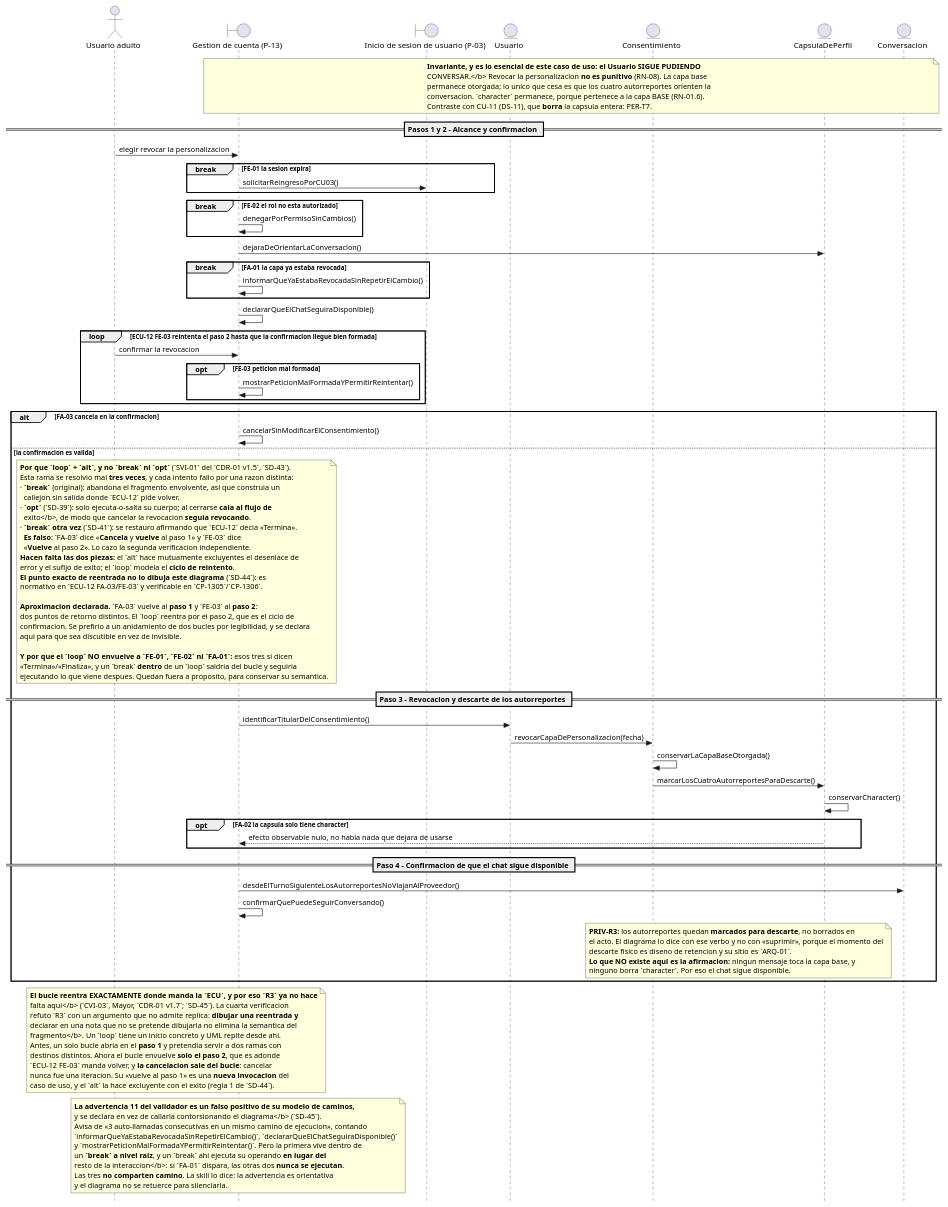
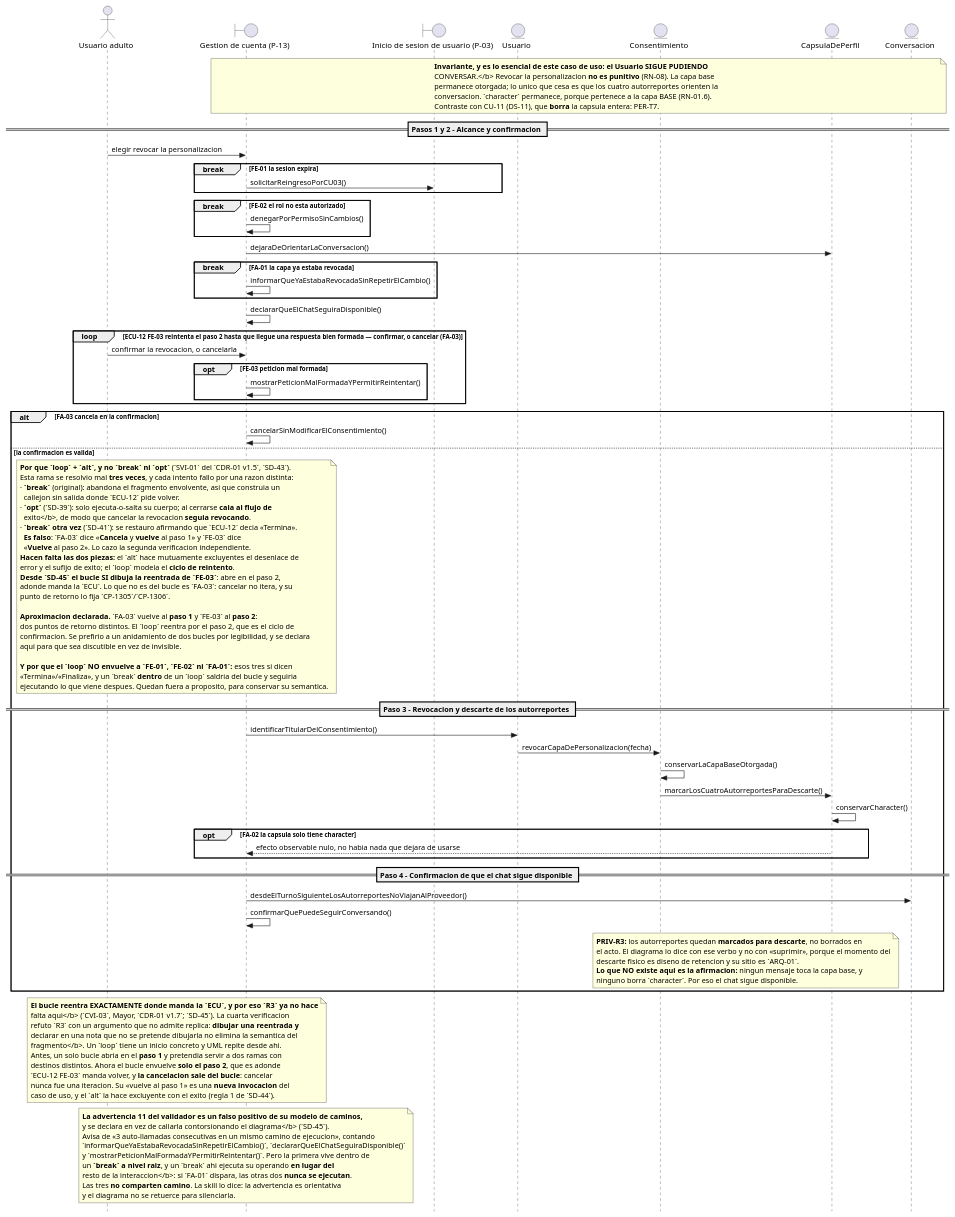
The diagram in docs/07_casos_uso/secuencia/puml/DS-12_secuencia_revocar_la_personalizacion.puml (jonatan8254/alan-aura-academico), drawn with PlantUML before and after one commit. The commit also changed 8 other files, not shown here.

```diff
--- a/docs/07_casos_uso/secuencia/puml/DS-12_secuencia_revocar_la_personalizacion.puml
+++ b/docs/07_casos_uso/secuencia/puml/DS-12_secuencia_revocar_la_personalizacion.puml
@@ -1,167 +1,171 @@
 @startuml
 ' DS-12 - Secuencia de CU-12 «Revocar la personalizacion»
+' v1.6 (revision interna final, SD-45): RI-2: idem; RI-3: la nota de SD-44 dejaba de ser cierta.
+'       Hallado por la revision de dos subagentes ANTES del veredicto — el mismo
+'       tipo de defecto que CVI-03, sobreviviendo dentro de la correccion de CVI-03.
 ' v1.5 (CVI-03 del CDR-01 v1.7, SD-45): CVI-03: el `loop` se acota al paso 2 —adonde manda `ECU-12 FE-03`— y `FA-03` sale a un `alt`. Se declara la advertencia 11 como falso positivo del modelo de caminos.
 '       R3 ya no hace falta aqui: el bucle reentra donde manda la ECU. La cuarta
 '       verificacion la refuto — dibujar una reentrada y declarar en nota que no se
 '       pretende dibujarla NO elimina la semantica del fragmento.
 ' v1.4 (TVI-01/03/04 del CDR-01 v1.6, SD-44): R3: la nota deja de decir que el loop realiza el retorno; la guarda nombra FA-03.
 '       CONVENCION SD-44 — R1: el sufijo de exito vive DENTRO de su operando.
 '       R2: un break dentro de un loop solo vale si lo que sigue al bucle es
 '       limpieza comun. R3: el punto de reentrada es normativo en la ECU y
 '       verificable en el CP; el diagrama NO lo dibuja. R4: la guarda nombra
 '       todas las salidas del bucle. Lo comprueba barrido_desenlaces.py.
 ' v1.3 (SVI-01 del CDR-01 v1.5, SD-43): FA-03 y FE-03 a `alt` dentro de un `loop` (ECU-12: «Cancela y vuelve» y «Vuelve al paso 2»).
 '       Tercer intento sobre la misma rama, y el primero que lee el DESENLACE de la
 '       ECU en vez de la categoria del flujo. `break` abandonaba; `opt` caia al exito;
 '       `break` otra vez (SD-41) se restauro alegando que la ECU decia «Termina», lo
 '       cual es FALSO. Y `loop` + `alt` (SD-43) tampoco bastaba: la TERCERA verificacion
 '       (TVI-01/02, CDR-01 v1.6) mostro que el operando de exito quedaba VACIO y la
 '       continuacion FUERA del alt, asi que el sufijo de exito se ejecutaba igual.
 '       SD-44 fija la convencion: el sufijo de exito vive DENTRO de su operando, y el
 '       punto exacto de reentrada es normativo en la ECU y verificable en el CP — el
 '       diagrama NO pretende dibujarlo. Los break legitimos quedan fuera del loop; dentro
 '       saldrian del
 '       bucle y seguirian ejecutando, en vez de terminar.
 ' v1.2 (VI-01 del CDR-01 v1.4, SD-41): FA-03 y FE-03 vuelven de opt a BREAK.
 '       Criterio: estan a profundidad 0 —el fragmento envolvente es la interaccion
 '       entera— y su fila de ECU declara que el remanente NO se ejecuta. En UML 2.5
 '       `break` ejecuta su operando EN LUGAR DEL RESTO: es esa semantica exacta.
 '       `opt` solo saltaba su cuerpo y el flujo caia al exito.
 '       Consecuencia declarada: para estos casos el `break` ORIGINAL era correcto y
 '       esa parte de H-01 fue un falso positivo. Ver DS-00 §12.
 ' v1.1 (CDR-01, H-01): FA-03 y FE-03 pasan de break a opt — su texto declara «Vuelve».
 ' v1.0 (fase de diseno detallado, ICONIX paso 6)
 ' Insumos: DR-12 v2.0 (9 controladores), ECU-12 v2.0, MD-01 v1.4, DCU-01 v2.1,
 '          DIS-00 (P-13; destino P-03), PRIV-01 (PRIV-R3), PER-01 v1.2 (PER-T7).
 ' Capa de infraestructura: NO EJECUTADA por decision declarada (E-1 de DS-00).
 
 skinparam style strictuml
 skinparam shadowing false
 skinparam responseMessageBelowArrow true
 
 actor "Usuario adulto" as ACT_Usuario
 boundary "Gestion de cuenta (P-13)" as B_PaginaGestionCuenta
 boundary "Inicio de sesion de usuario (P-03)" as B_PaginaInicioSesion
 entity "Usuario" as E_Usuario
 entity "Consentimiento" as E_Consentimiento
 entity "CapsulaDePerfil" as E_CapsulaDePerfil
 entity "Conversacion" as E_Conversacion
 
 note over B_PaginaGestionCuenta, E_Conversacion
   <b>Invariante, y es lo esencial de este caso de uso: el Usuario SIGUE PUDIENDO
   CONVERSAR.</b> Revocar la personalizacion <b>no es punitivo</b> (RN-08). La capa base
   permanece otorgada; lo unico que cesa es que los cuatro autorreportes orienten la
   conversacion. `character` permanece, porque pertenece a la capa BASE (RN-01.6).
   Contraste con CU-11 (DS-11), que <b>borra</b> la capsula entera: PER-T7.
 end note
 
 == Pasos 1 y 2 - Alcance y confirmacion ==
 
 ACT_Usuario -> B_PaginaGestionCuenta : elegir revocar la personalizacion
 
 break FE-01 la sesion expira
   B_PaginaGestionCuenta -> B_PaginaInicioSesion : solicitarReingresoPorCU03()
 end
 
 break FE-02 el rol no esta autorizado
   B_PaginaGestionCuenta -> B_PaginaGestionCuenta : denegarPorPermisoSinCambios()
 end
 
 B_PaginaGestionCuenta -> E_CapsulaDePerfil : dejaraDeOrientarLaConversacion()
 
 break FA-01 la capa ya estaba revocada
   B_PaginaGestionCuenta -> B_PaginaGestionCuenta : informarQueYaEstabaRevocadaSinRepetirElCambio()
 end
 
 B_PaginaGestionCuenta -> B_PaginaGestionCuenta : declararQueElChatSeguiraDisponible()
 
-loop ECU-12 FE-03 reintenta el paso 2 hasta que la confirmacion llegue bien formada
-  ACT_Usuario -> B_PaginaGestionCuenta : confirmar la revocacion
+loop ECU-12 FE-03 reintenta el paso 2 hasta que llegue una respuesta bien formada — confirmar, o cancelar (FA-03)
+  ACT_Usuario -> B_PaginaGestionCuenta : confirmar la revocacion, o cancelarla
 
   opt FE-03 peticion mal formada
     B_PaginaGestionCuenta -> B_PaginaGestionCuenta : mostrarPeticionMalFormadaYPermitirReintentar()
   end
 end
 
 alt FA-03 cancela en la confirmacion
   B_PaginaGestionCuenta -> B_PaginaGestionCuenta : cancelarSinModificarElConsentimiento()
 else la confirmacion es valida
 
   note over ACT_Usuario, B_PaginaGestionCuenta
     <b>Por que `loop` + `alt`, y no `break` ni `opt`</b> (`SVI-01` del `CDR-01 v1.5`, `SD-43`).
     Esta rama se resolvio mal <b>tres veces</b>, y cada intento fallo por una razon distinta:
     · <b>`break`</b> (original): abandona el fragmento envolvente, asi que construia un
       callejon sin salida donde `ECU-12` pide volver.
     · <b>`opt`</b> (`SD-39`): solo ejecuta-o-salta su cuerpo; al cerrarse <b>caia al flujo de
       exito</b>, de modo que cancelar la revocacion <b>seguia revocando</b>.
     · <b>`break` otra vez</b> (`SD-41`): se restauro afirmando que `ECU-12` decia «Termina».
       <b>Es falso</b>: `FA-03` dice «<b>Cancela</b> y <b>vuelve</b> al paso 1» y `FE-03` dice
       «<b>Vuelve</b> al paso 2». Lo cazo la segunda verificacion independiente.
     <b>Hacen falta las dos piezas:</b> el `alt` hace mutuamente excluyentes el desenlace de
     error y el sufijo de exito; el `loop` modela el <b>ciclo de reintento</b>.
-    <b>El punto exacto de reentrada no lo dibuja este diagrama</b> (`SD-44`): es
-    normativo en `ECU-12 FA-03/FE-03` y verificable en `CP-1305`/`CP-1306`.
+    <b>Desde `SD-45` el bucle SI dibuja la reentrada de `FE-03`</b>: abre en el paso 2,
+    adonde manda la `ECU`. Lo que no es del bucle es `FA-03`: cancelar no itera, y su
+    punto de retorno lo fija `CP-1305`/`CP-1306`.
 
     <b>Aproximacion declarada.</b> `FA-03` vuelve al <b>paso 1</b> y `FE-03` al <b>paso 2</b>:
     dos puntos de retorno distintos. El `loop` reentra por el paso 2, que es el ciclo de
     confirmacion. Se prefirio a un anidamiento de dos bucles por legibilidad, y se declara
     aqui para que sea discutible en vez de invisible.
 
     <b>Y por que el `loop` NO envuelve a `FE-01`, `FE-02` ni `FA-01`:</b> esos tres si dicen
     «Termina»/«Finaliza», y un `break` <b>dentro</b> de un `loop` saldria del bucle y seguiria
     ejecutando lo que viene despues. Quedan fuera a proposito, para conservar su semantica.
   end note
 
   == Paso 3 - Revocacion y descarte de los autorreportes ==
 
   B_PaginaGestionCuenta -> E_Usuario : identificarTitularDelConsentimiento()
   E_Usuario -> E_Consentimiento : revocarCapaDePersonalizacion(fecha)
   E_Consentimiento -> E_Consentimiento : conservarLaCapaBaseOtorgada()
   E_Consentimiento -> E_CapsulaDePerfil : marcarLosCuatroAutorreportesParaDescarte()
   E_CapsulaDePerfil -> E_CapsulaDePerfil : conservarCharacter()
 
   opt FA-02 la capsula solo tiene character
     E_CapsulaDePerfil --> B_PaginaGestionCuenta : efecto observable nulo, no habia nada que dejara de usarse
   end
 
   == Paso 4 - Confirmacion de que el chat sigue disponible ==
 
   B_PaginaGestionCuenta -> E_Conversacion : desdeElTurnoSiguienteLosAutorreportesNoViajanAlProveedor()
   B_PaginaGestionCuenta -> B_PaginaGestionCuenta : confirmarQuePuedeSeguirConversando()
 
   note over E_Consentimiento, E_CapsulaDePerfil
     <b>PRIV-R3:</b> los autorreportes quedan <b>marcados para descarte</b>, no borrados en
     el acto. El diagrama lo dice con ese verbo y no con «suprimir», porque el momento del
     descarte fisico es diseno de retencion y su sitio es `ARQ-01`.
     <b>Lo que NO existe aqui es la afirmacion:</b> ningun mensaje toca la capa base, y
     ninguno borra `character`. Por eso el chat sigue disponible.
   end note
 
 end
 
 note over ACT_Usuario, B_PaginaGestionCuenta
   <b>El bucle reentra EXACTAMENTE donde manda la `ECU`, y por eso `R3` ya no hace
   falta aqui</b> (`CVI-03`, Mayor, `CDR-01 v1.7`; `SD-45`). La cuarta verificacion
   refuto `R3` con un argumento que no admite replica: <b>dibujar una reentrada y
   declarar en una nota que no se pretende dibujarla no elimina la semantica del
   fragmento</b>. Un `loop` tiene un inicio concreto y UML repite desde ahi.
   Antes, un solo bucle abria en el <b>paso 1</b> y pretendia servir a dos ramas con
   destinos distintos. Ahora el bucle envuelve <b>solo el paso 2</b>, que es adonde
   `ECU-12 FE-03` manda volver, y <b>la cancelacion sale del bucle</b>: cancelar
   nunca fue una iteracion. Su «vuelve al paso 1» es una <b>nueva invocacion</b> del
   caso de uso, y el `alt` la hace excluyente con el exito (regla 1 de `SD-44`).
 end note
 
 note over B_PaginaGestionCuenta
   <b>La advertencia 11 del validador es un falso positivo de su modelo de caminos,
   y se declara en vez de callarla contorsionando el diagrama</b> (`SD-45`).
   Avisa de «3 auto-llamadas consecutivas en un mismo camino de ejecucion», contando
   `informarQueYaEstabaRevocadaSinRepetirElCambio()`, `declararQueElChatSeguiraDisponible()`
   y `mostrarPeticionMalFormadaYPermitirReintentar()`. Pero la primera vive dentro de
   un <b>`break` a nivel raiz</b>, y un `break` ahi ejecuta su operando <b>en lugar del
   resto de la interaccion</b>: si `FA-01` dispara, las otras dos <b>nunca se ejecutan</b>.
   Las tres <b>no comparten camino</b>. La skill lo dice: la advertencia es orientativa
   y el diagrama no se retuerce para silenciarla.
 end note
 
 @enduml
```
